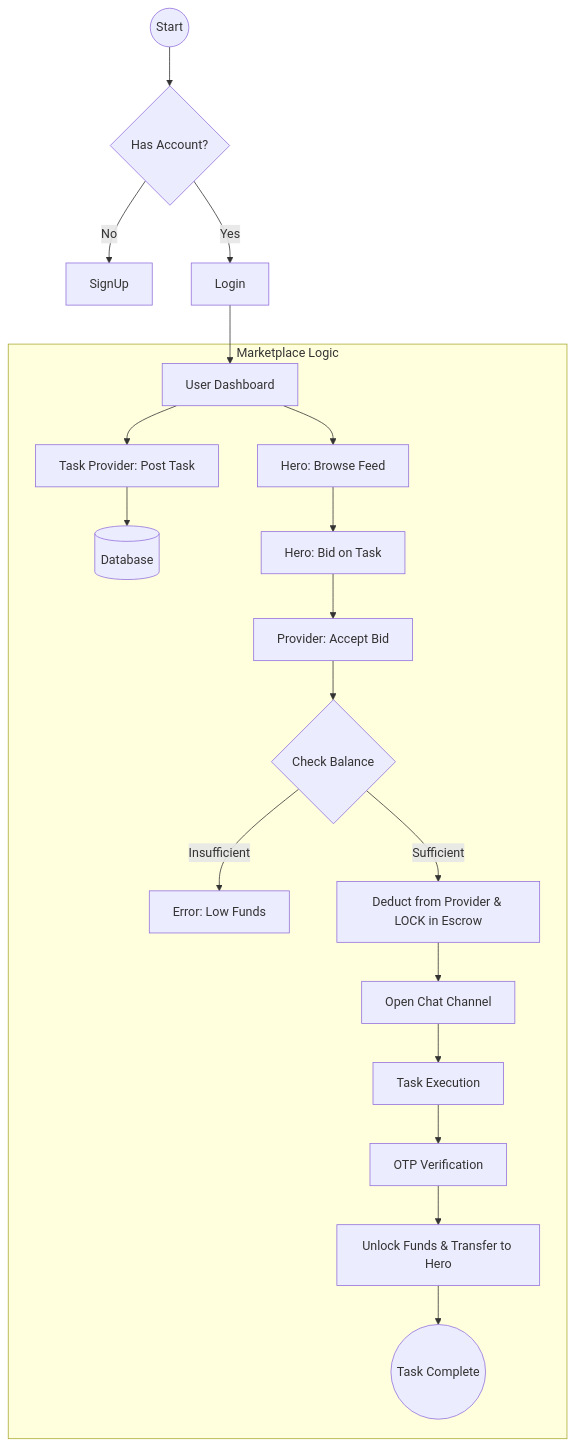
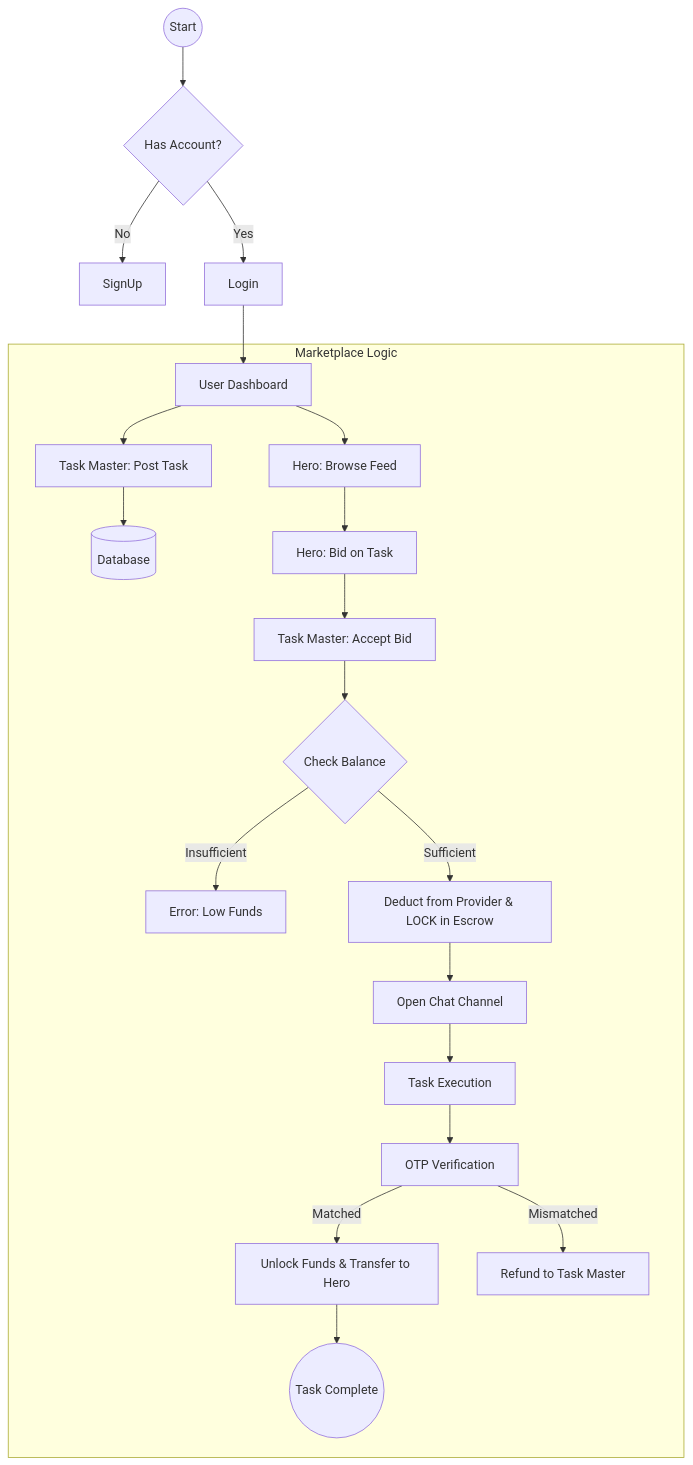
The second of 6 diagrams in TECHNICAL_ARCHITECTURE.md (arupdhara/arup-demo), drawn with Mermaid before and after one commit. The commit also changed other lines of this file, not shown here.

````diff
--- a/TECHNICAL_ARCHITECTURE.md
+++ b/TECHNICAL_ARCHITECTURE.md
@@ -15,31 +15,32 @@
 ```mermaid
 graph TD
     Start((Start)) --> Auth{Has Account?}
     Auth -- No --> SignUp
     Auth -- Yes --> Login[Login]
     
     Login --> Dashboard[User Dashboard]
     
     subgraph "Marketplace Logic"
-        Dashboard --> Post[Task Provider: Post Task]
+        Dashboard --> Post[Task Master: Post Task]
         Dashboard --> Feed[Hero: Browse Feed]
         
         Post --> DB[(Database)]
         Feed --> Bid[Hero: Bid on Task]
         
-        Bid --> Accept[Provider: Accept Bid]
+        Bid --> Accept[Task Master: Accept Bid]
         
         %% Financial Step 1
         Accept --> Deduct{Check Balance}
         Deduct -- Insufficient --> Fail[Error: Low Funds]
         Deduct -- Sufficient --> Lock[Deduct from Provider & LOCK in Escrow]
         
         Lock --> Chat[Open Chat Channel]
         Chat --> Execute[Task Execution]
         Execute --> OTP[OTP Verification]
         
         %% Financial Step 2
-        OTP --> Release[Unlock Funds & Transfer to Hero]
+        OTP -- Matched --> Release[Unlock Funds & Transfer to Hero]
+        OTP -- Mismatched --> Denied[Refund to Task Master]
         Release --> Finish((Task Complete))
     end
 ```
````
